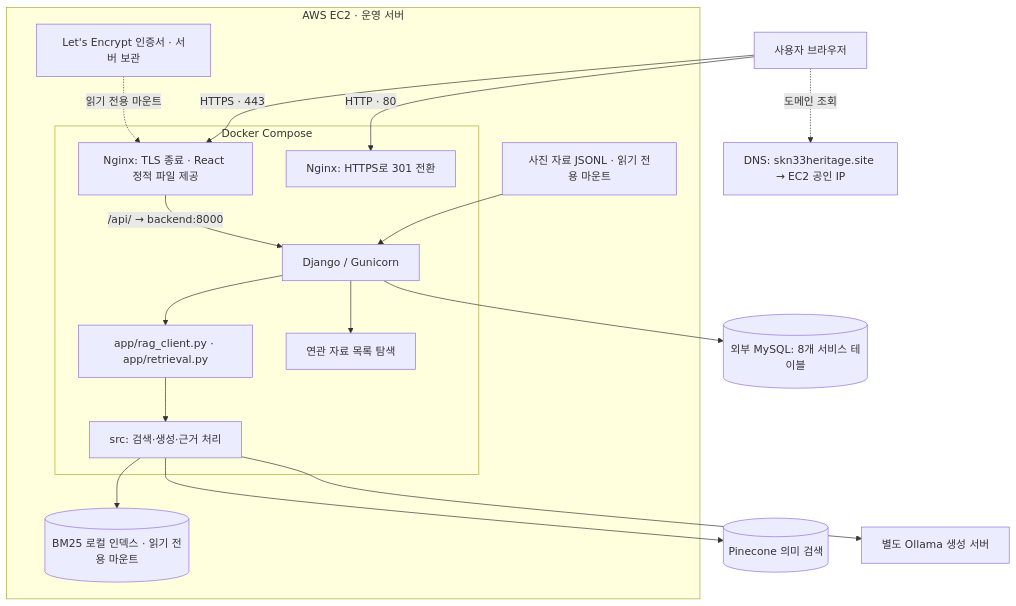
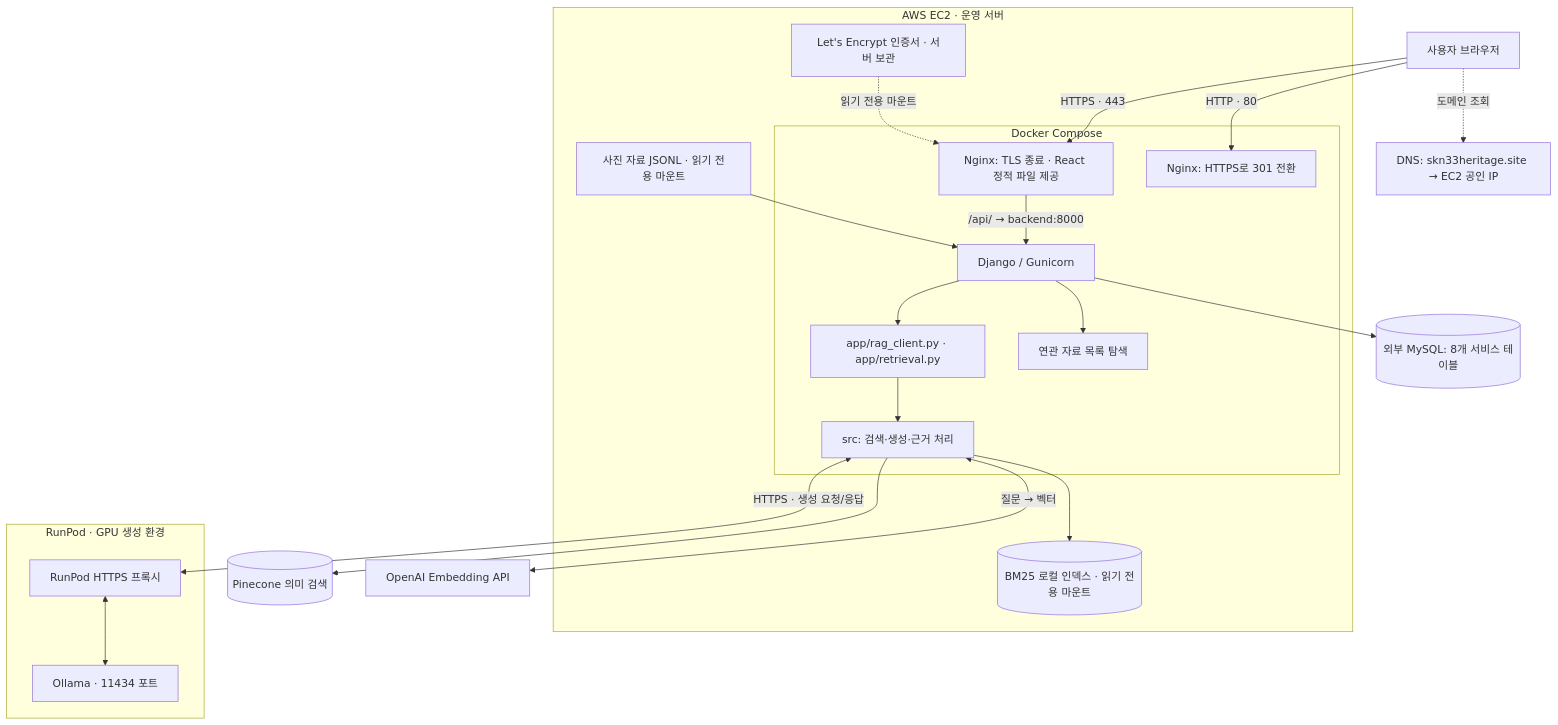
The first of 6 diagrams in docs/deliverables/03_architecture.md (SpicyAutumn/SKN33-4th-1Team), drawn with Mermaid before and after one commit. The commit also changed other lines of this file and 1 other file, not shown here.

Commit message:
docs: complete inference sharing and preview deployment flows

````diff
--- a/docs/deliverables/03_architecture.md
+++ b/docs/deliverables/03_architecture.md
@@ -5,22 +5,26 @@
 ```mermaid
 flowchart TB
     U["사용자 브라우저"] -. "도메인 조회" .-> DNS["DNS: skn33heritage.site → EC2 공인 IP"]
     U -->|"HTTPS · 443"| WEB
     U -->|"HTTP · 80"| REDIRECT
     subgraph EC2["AWS EC2 · 운영 서버"]
     subgraph COMPOSE["Docker Compose"]
     REDIRECT["Nginx: HTTPS로 301 전환"]
     WEB["Nginx: TLS 종료 · React 정적 파일 제공"]
     WEB -->|"/api/ → backend:8000"| API["Django / Gunicorn"]
     API --> BRIDGE["app/rag_client.py · app/retrieval.py"]
     BRIDGE --> CORE["src: 검색·생성·근거 처리"]
     API --> REC["연관 자료 목록 탐색"]
     end
     CERT["Let's Encrypt 인증서 · 서버 보관"] -. "읽기 전용 마운트" .-> WEB
     CORE --> BM25[("BM25 로컬 인덱스 · 읽기 전용 마운트")]
     MEDIA["사진 자료 JSONL · 읽기 전용 마운트"] --> API
     end
     API --> DB[("외부 MySQL: 8개 서비스 테이블")]
     CORE --> VECTOR[("Pinecone 의미 검색")]
-    CORE --> LLM["별도 Ollama 생성 서버"]
+    CORE <-->|"질문 → 벡터"| EMBED["OpenAI Embedding API"]
+    CORE <-->|"HTTPS · 생성 요청/응답"| PROXY
+    subgraph RUNPOD["RunPod · GPU 생성 환경"]
+    PROXY["RunPod HTTPS 프록시"] <--> LLM["Ollama · 11434 포트"]
+    end
 ```
````
